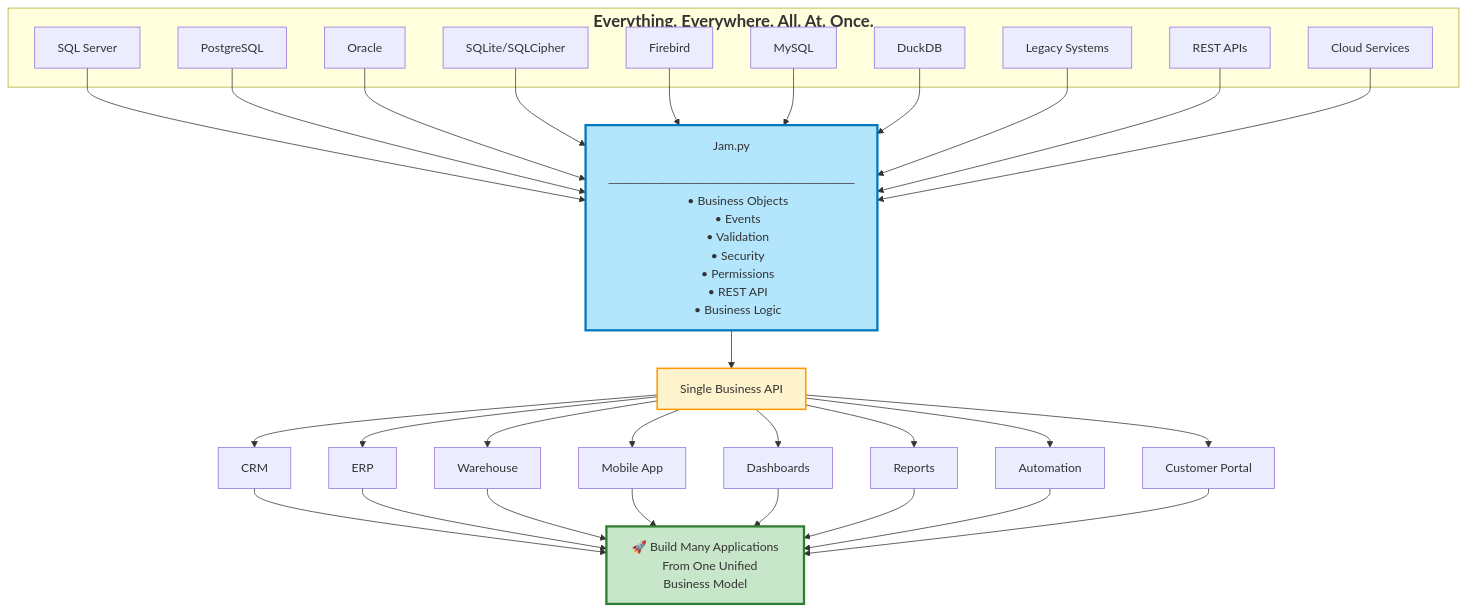
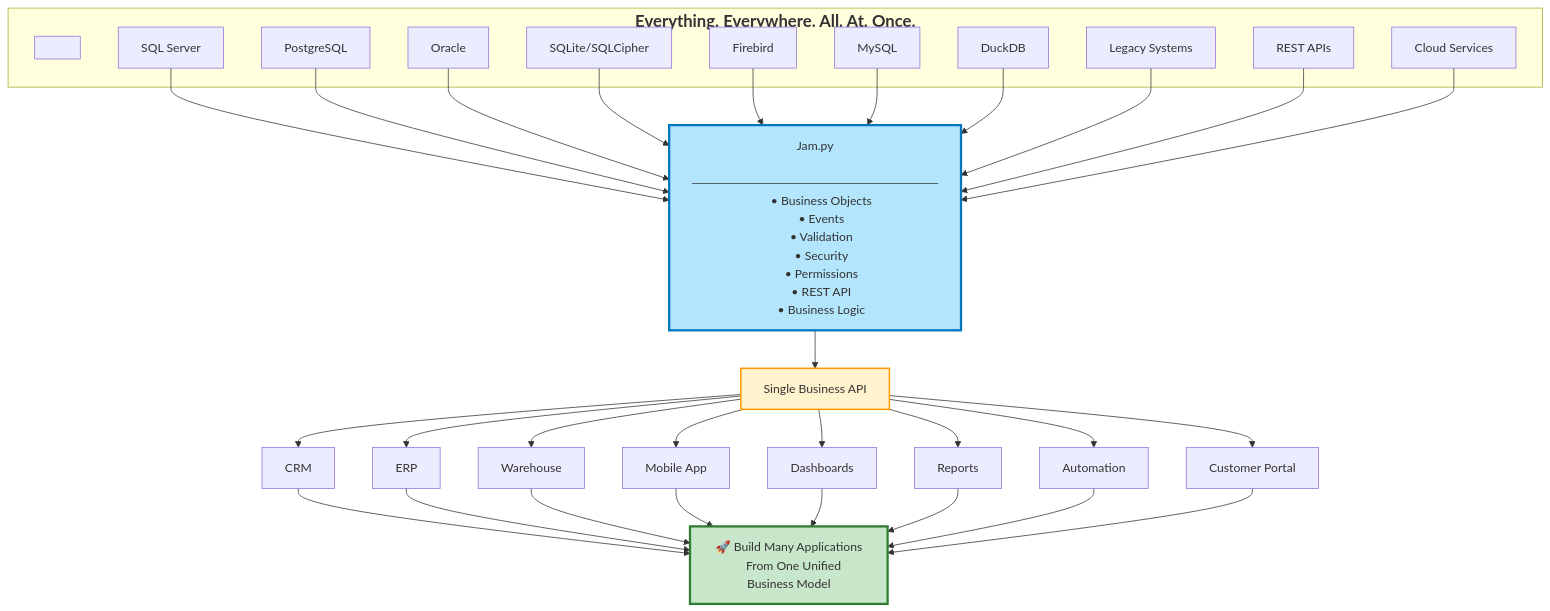
Before and after one commit to Nurb4000/jam-py-v7: the diagram in README.md, drawn with Mermaid.

Commit message:
Fix formatting in README.md for flowchart subgraph

````diff
--- a/README.md
+++ b/README.md
@@ -15,65 +15,66 @@
 ```mermaid
 flowchart TD
 
-    subgraph DATA["<span style='font-size:22px'><b>Everything. Everywhere. All. At. Once.</b></span><p>"]
+    subgraph DATA["<span style='font-size:22px'><b>Everything. Everywhere. All. At. Once.</b></span>"]
+    SPACE[" "]
 
         A1["SQL Server"]
         A2["PostgreSQL"]
         A3["Oracle"]
         A4["SQLite/SQLCipher"]
         A5["Firebird"]
         A6["MySQL"]
         A7["DuckDB"]
         A8["Legacy Systems"]
         A9["REST APIs"]
         A10["Cloud Services"]
     end
 
     A1 --> J
     A2 --> J
     A3 --> J
     A4 --> J
     A5 --> J
     A6 --> J
     A7 --> J
     A8 --> J
     A9 --> J
     A10 --> J
 
     J["Jam.py
     ───────────────────────────
     • Business Objects
     • Events
     • Validation
     • Security
     • Permissions
     • REST API
     • Business Logic"]
 
     J --> API["Single Business API"]
 
     API --> APP1["CRM"]
     API --> APP2["ERP"]
     API --> APP3["Warehouse"]
     API --> APP4["Mobile App"]
     API --> APP5["Dashboards"]
     API --> APP6["Reports"]
     API --> APP7["Automation"]
     API --> APP8["Customer Portal"]
 
     APP1 --> VALUE
     APP2 --> VALUE
     APP3 --> VALUE
     APP4 --> VALUE
     APP5 --> VALUE
     APP6 --> VALUE
     APP7 --> VALUE
     APP8 --> VALUE
 
     VALUE["🚀 Build Many Applications
     From One Unified Business Model"]
 
     style J fill:#b3e5fc,stroke:#0277bd,stroke-width:3px
     style API fill:#fff3cd,stroke:#ff9800,stroke-width:2px
     style VALUE fill:#c8e6c9,stroke:#2e7d32,stroke-width:3px
 ```
````
